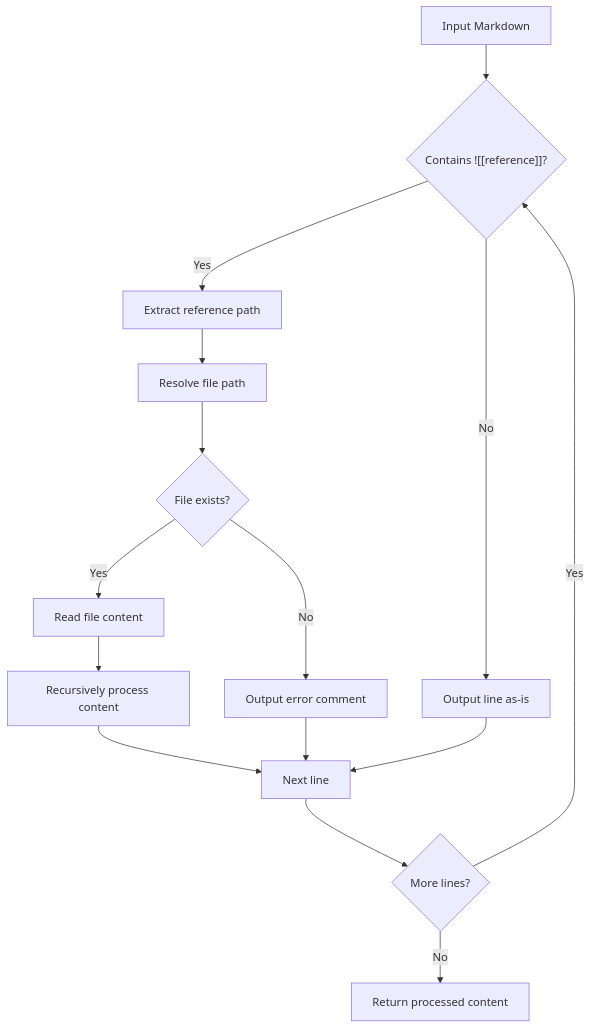
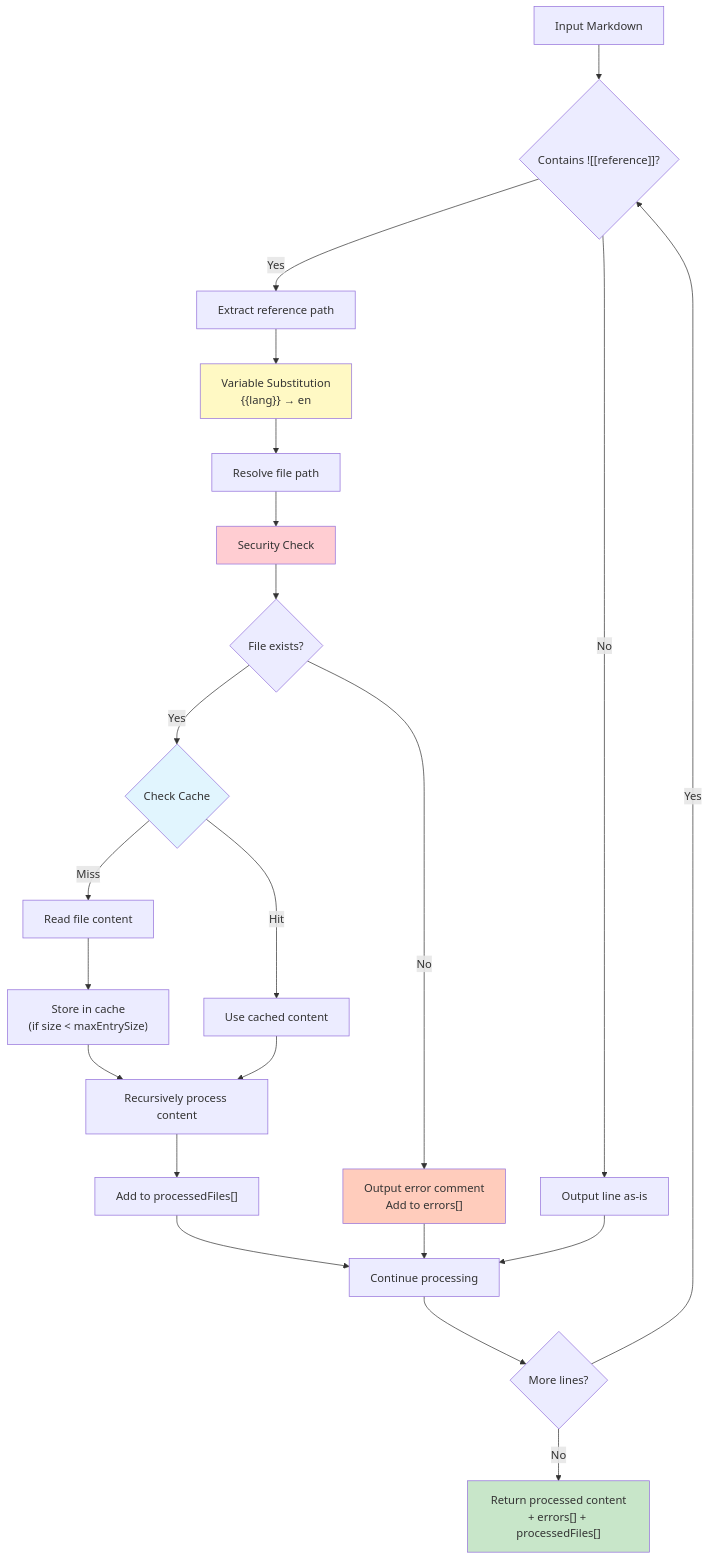
Before and after one commit to flyingrobots/markdown-transclusion: the second of 6 diagrams in docs/tech-plan.md, drawn with Mermaid. The commit also changed other lines of this file and 5 other files, not shown here.

````diff
--- a/docs/tech-plan.md
+++ b/docs/tech-plan.md
@@ -49,17 +49,36 @@
 ```mermaid
 flowchart TD
     A["Input Markdown"] --> B{"Contains ![[reference]]?"}
     B -->|"Yes"| C["Extract reference path"]
     B -->|"No"| H["Output line as-is"]
-    C --> D["Resolve file path"]
-    D --> E{"File exists?"}
-    E -->|"Yes"| F["Read file content"]
-    E -->|"No"| G["Output error comment"]
-    F --> I["Recursively process content"]
-    G --> J["Continue processing"]
+    
+    C --> VS["Variable Substitution<br/>{{lang}} → en"]
+    VS --> D["Resolve file path"]
+    D --> SEC["Security Check"]
+    SEC --> E{"File exists?"}
+    
+    E -->|"Yes"| CACHE{"Check Cache"}
+    E -->|"No"| G["Output error comment<br/>Add to errors[]"]
+    
+    CACHE -->|"Hit"| USE["Use cached content"]
+    CACHE -->|"Miss"| F["Read file content"]
+    
+    F --> STORE["Store in cache<br/>(if size < maxEntrySize)"]
+    STORE --> I["Recursively process content"]
+    USE --> I
+    
+    I --> PF["Add to processedFiles[]"]
+    PF --> J["Continue processing"]
+    
+    G --> J
     H --> J
-    I --> J["Next line"]
     J --> K{"More lines?"}
     K -->|"Yes"| B
-    K -->|"No"| L["Return processed content"]
+    K -->|"No"| L["Return processed content<br/>+ errors[] + processedFiles[]"]
+    
+    style VS fill:#fff9c4
+    style SEC fill:#ffcdd2
+    style CACHE fill:#e1f5fe
+    style G fill:#ffccbc
+    style L fill:#c8e6c9
 ```
````
